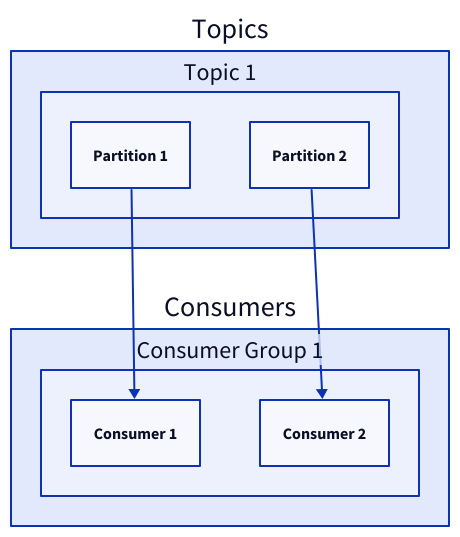
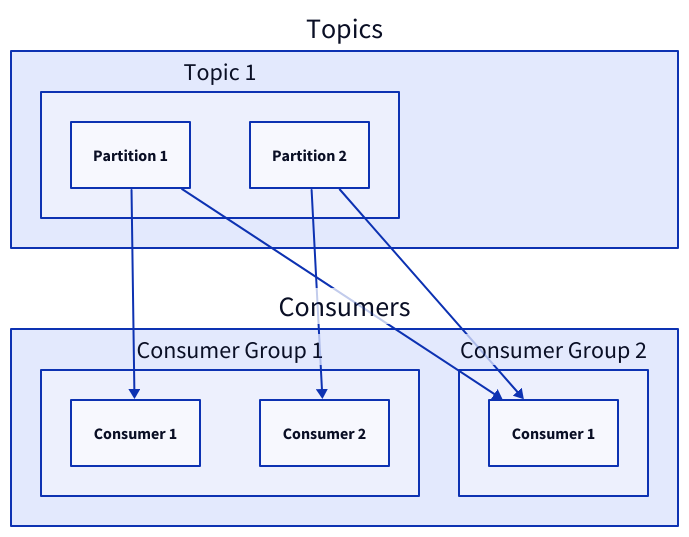
Before and after one commit to link1905/system-design-101: diagram 19 of 30 in content/docs/data-persistence/event-streaming-platform.md, drawn with D2. The commit also changed other lines of this file and 7 other files, not shown here.

````diff
--- a/content/docs/data-persistence/event-streaming-platform.md
+++ b/content/docs/data-persistence/event-streaming-platform.md
@@ -589,17 +582,22 @@
 ```d2
 grid-rows: 2
 q: Topics {
     t1: Topic 1 {
         p1: Partition 1
         p2: Partition 2
     }
 }
 c: Consumers {
     cg1: Consumer Group 1 {
         c1: Consumer 1
         c2: Consumer 2
     }
+    cg2: Consumer Group 2 {
+        c1: Consumer 1
+    }
 }
 q.t1.p1 -> c.cg1.c1
 q.t1.p2 -> c.cg1.c2
+q.t1.p1 -> c.cg2.c1
+q.t1.p2 -> c.cg2.c1
 ```
````
